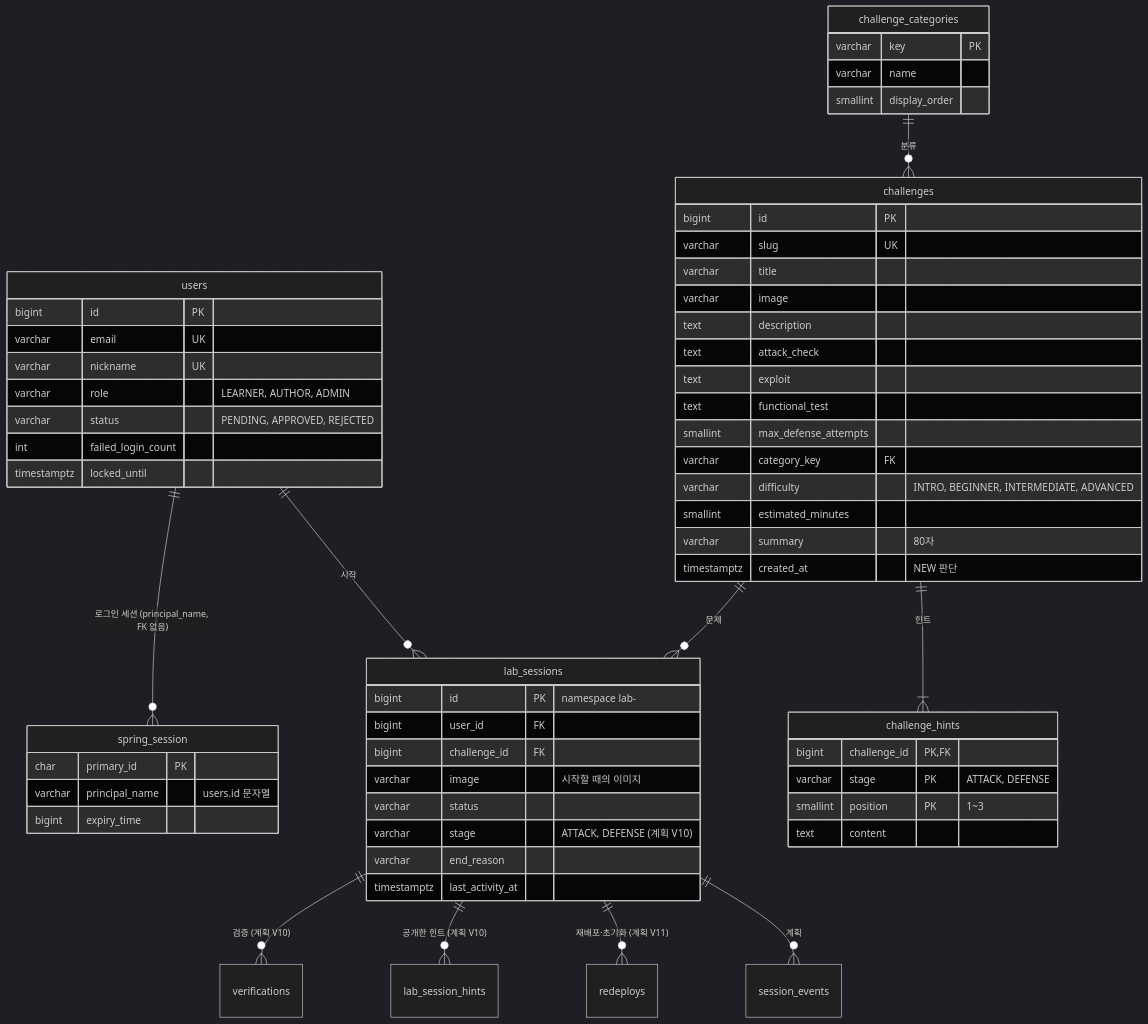
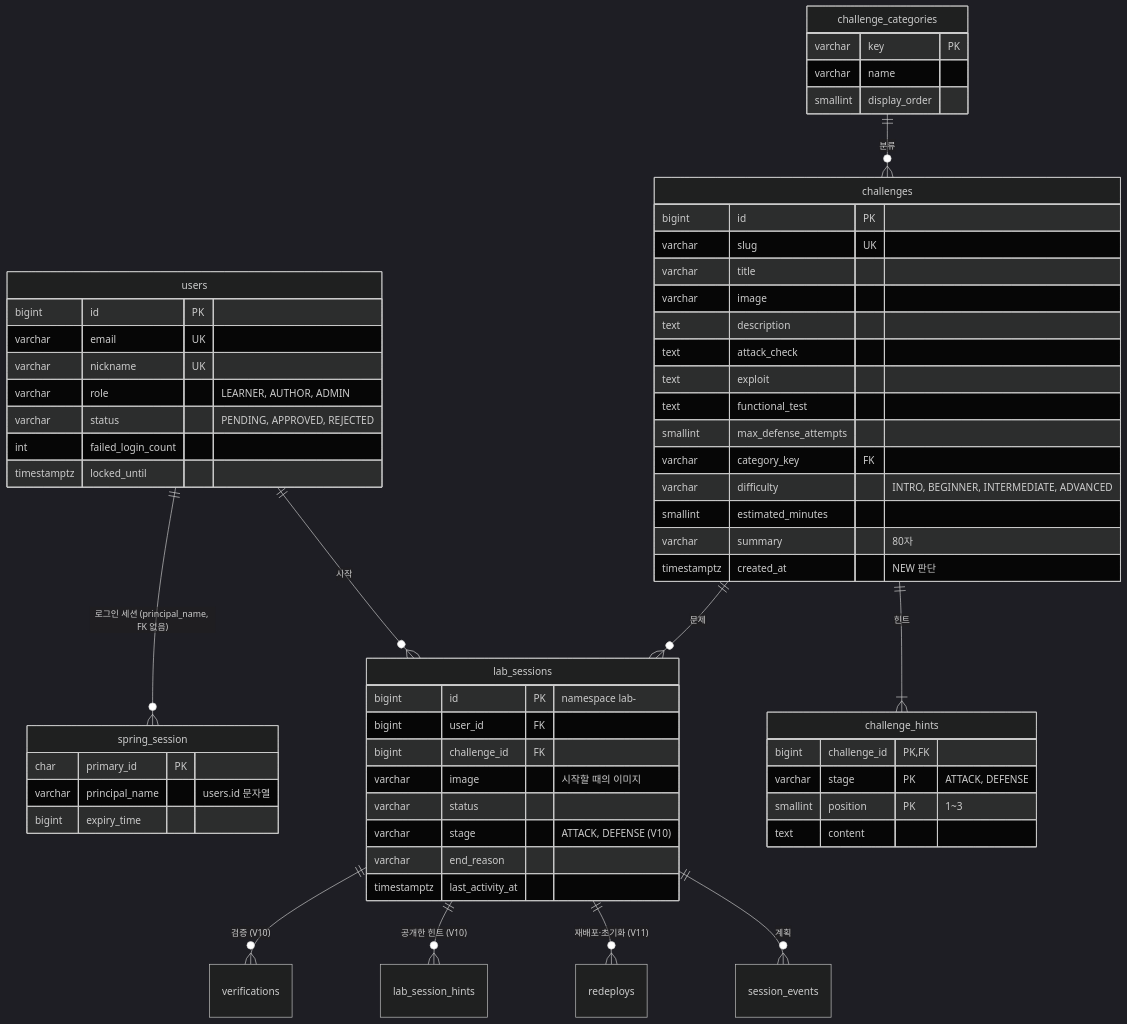
The diagram in data-model.md (pg-hackforge/hackforge-docs), drawn with Mermaid (dark theme) before and after one commit. The commit also changed other lines of this file and 4 other files, not shown here.

````diff
--- a/data-model.md
+++ b/data-model.md
@@ -7,64 +7,64 @@
 ```mermaid
 erDiagram
     users ||--o{ spring_session : "로그인 세션 (principal_name, FK 없음)"
     users ||--o{ lab_sessions : "시작"
     challenges ||--o{ lab_sessions : "문제"
     challenges ||--|{ challenge_hints : "힌트"
     challenge_categories ||--o{ challenges : "분류"
-    lab_sessions ||--o{ verifications : "검증 (계획 V10)"
-    lab_sessions ||--o{ lab_session_hints : "공개한 힌트 (계획 V10)"
-    lab_sessions ||--o{ redeploys : "재배포·초기화 (계획 V11)"
+    lab_sessions ||--o{ verifications : "검증 (V10)"
+    lab_sessions ||--o{ lab_session_hints : "공개한 힌트 (V10)"
+    lab_sessions ||--o{ redeploys : "재배포·초기화 (V11)"
     lab_sessions ||--o{ session_events : "계획"
 
     users {
         bigint id PK
         varchar email UK
         varchar nickname UK
         varchar role "LEARNER, AUTHOR, ADMIN"
         varchar status "PENDING, APPROVED, REJECTED"
         int failed_login_count
         timestamptz locked_until
     }
     spring_session {
         char primary_id PK
         varchar principal_name "users.id 문자열"
         bigint expiry_time
     }
     challenges {
         bigint id PK
         varchar slug UK
         varchar title
         varchar image
         text description
         text attack_check
         text exploit
         text functional_test
         smallint max_defense_attempts
         varchar category_key FK
         varchar difficulty "INTRO, BEGINNER, INTERMEDIATE, ADVANCED"
         smallint estimated_minutes
         varchar summary "80자"
         timestamptz created_at "NEW 판단"
     }
     challenge_categories {
         varchar key PK
         varchar name
         smallint display_order
     }
     challenge_hints {
         bigint challenge_id PK, FK
         varchar stage PK "ATTACK, DEFENSE"
         smallint position PK "1~3"
         text content
     }
     lab_sessions {
         bigint id PK "namespace lab-<id>"
         bigint user_id FK
         bigint challenge_id FK
         varchar image "시작할 때의 이미지"
         varchar status
-        varchar stage "ATTACK, DEFENSE (계획 V10)"
+        varchar stage "ATTACK, DEFENSE (V10)"
         varchar end_reason
         timestamptz last_activity_at
     }
 ```
````
